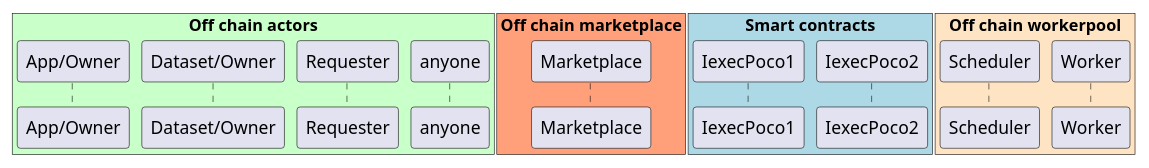
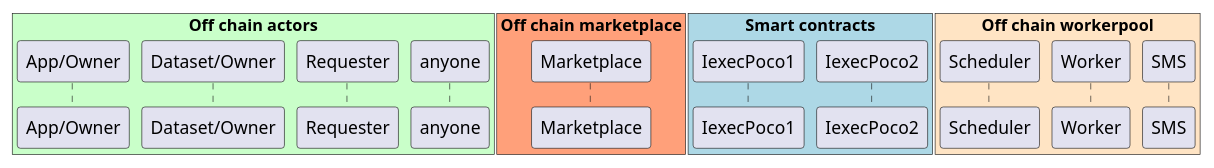
The diagram in uml/workflow-ODB-0-actors.puml (iExecBlockchainComputing/PoCo), drawn with PlantUML before and after one commit. The commit also changed 2 other files, not shown here.

Commit message:
test merging SMS

```diff
--- a/uml/workflow-ODB-0-actors.puml
+++ b/uml/workflow-ODB-0-actors.puml
@@ -1,31 +1,32 @@
 @startuml
 
 box "Off chain actors" #TECHNOLOGY
 	participant "App/Owner" as App
 	participant "Dataset/Owner" as Dataset
     participant Requester
 	participant anyone
 end box
 box "Off chain marketplace" #LightSalmon
     participant Marketplace
 end box
 
 box "Smart contracts" #LightBlue
 	participant IexecPoco1
 	participant IexecPoco2
 end box
 
 box "Off chain workerpool" #Bisque
 	participant Scheduler
 	participant Worker
+	participant SMS
 end box
 
 box "Users"
 
 end box
 
 skinparam sequenceGroupBodyBackgroundColor transparent
 
 autonumber
 
 @enduml
```
